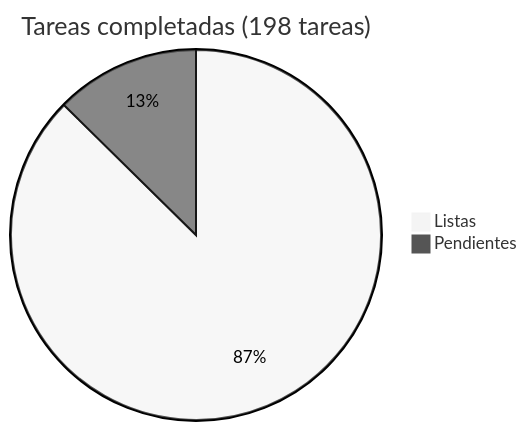
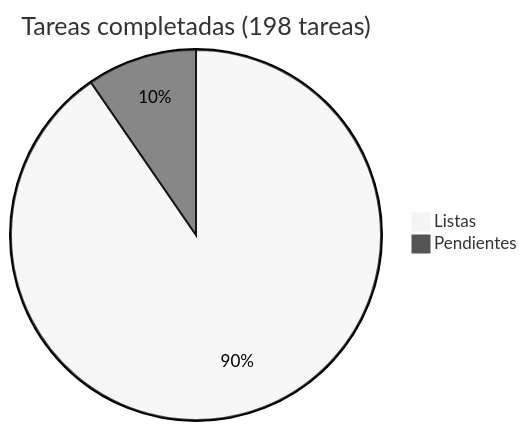
One commit to araguaney-lat/araguaney changed the diagram in docs/roadmap/README.md. Above: the diagram before and after it, drawn with Mermaid (neutral theme). The commit also changed other lines of this file and 15 other files, not shown here.

````diff
--- a/docs/roadmap/README.md
+++ b/docs/roadmap/README.md
@@ -5,5 +5,5 @@
 ```mermaid
 pie title Tareas completadas (198 tareas)
-    "Listas" : 173
-    "Pendientes" : 25
+    "Listas" : 179
+    "Pendientes" : 19
 ```
````
